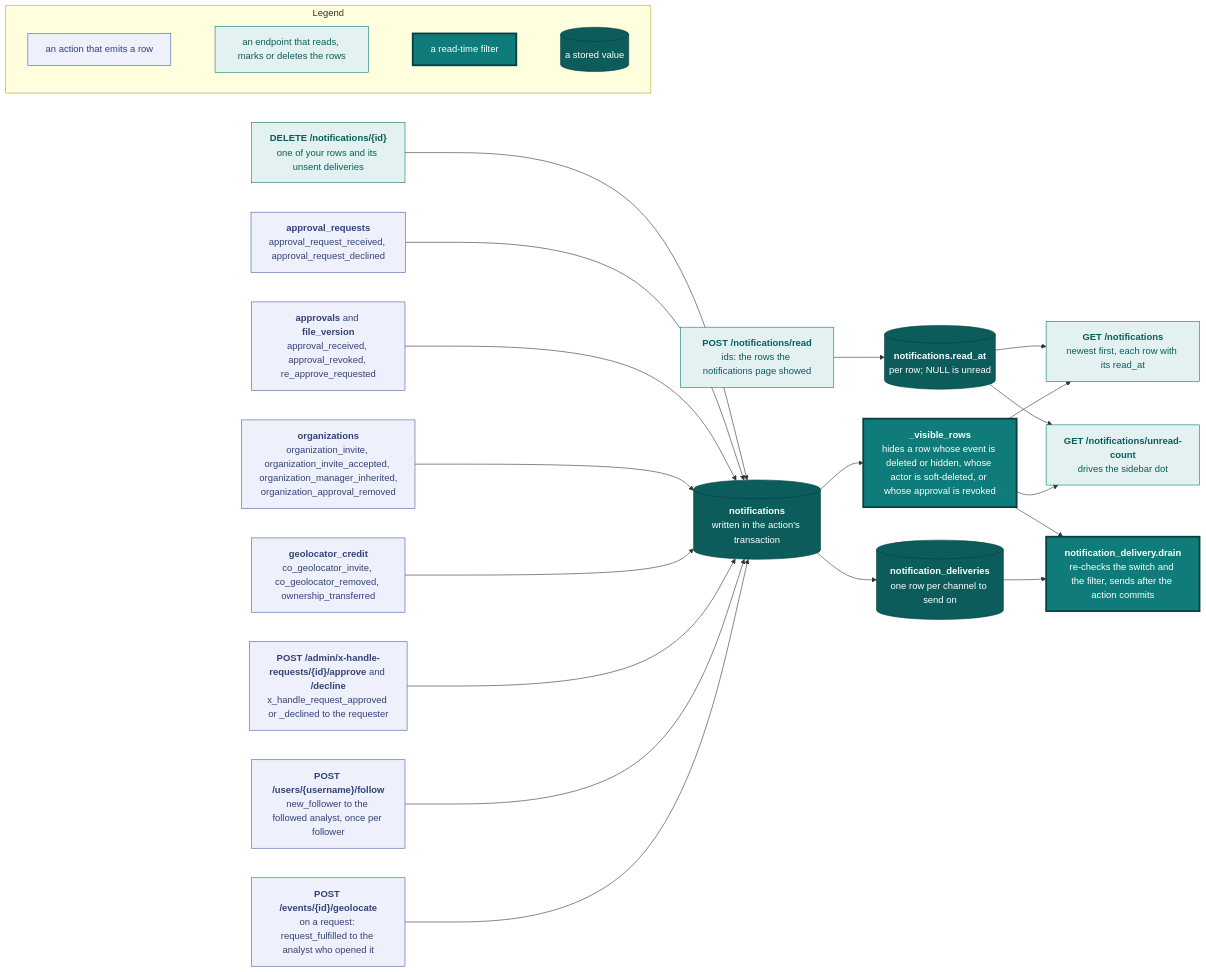
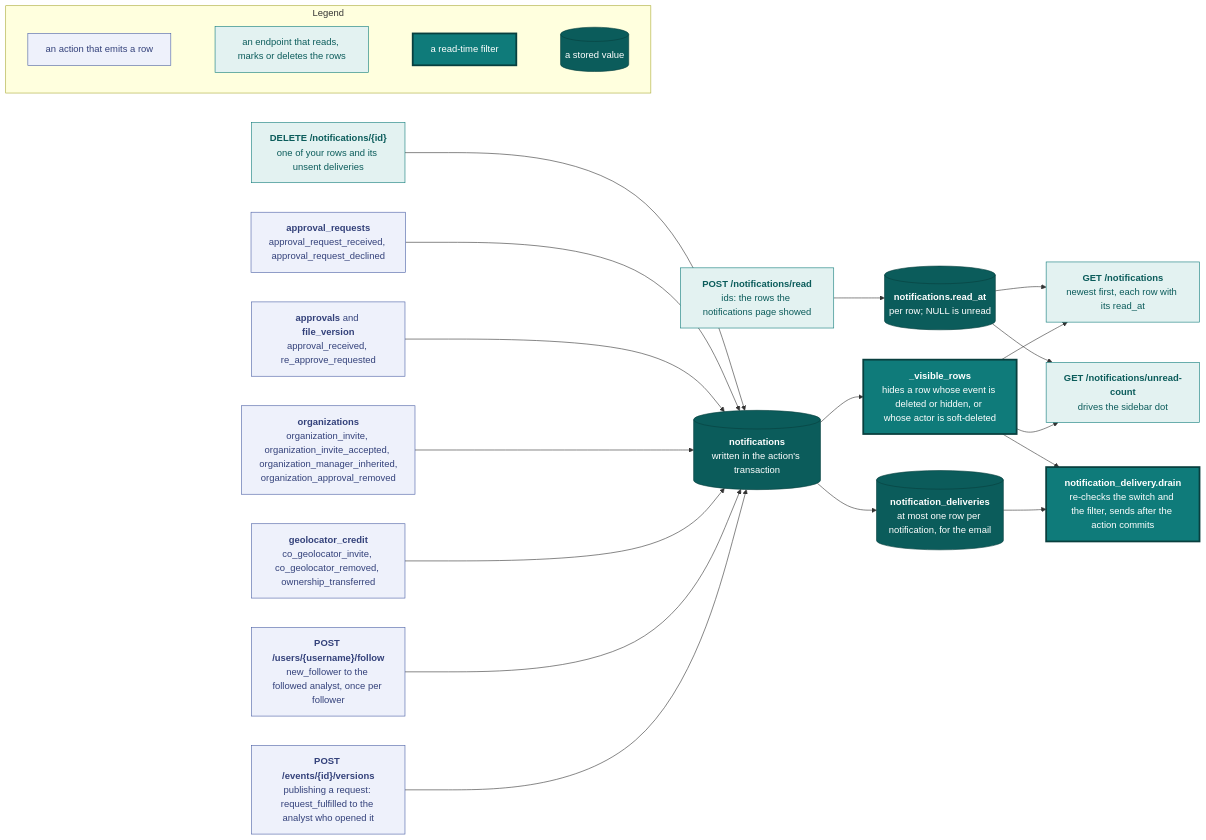
Before and after one commit to vidithq/vidit: the eighth of 9 diagrams in docs/api.md, drawn with Mermaid. The commit also changed other lines of this file and 617 other files, not shown here.

````diff
--- a/docs/api.md
+++ b/docs/api.md
@@ -2689,67 +2653,64 @@
 ```mermaid
 flowchart LR
   classDef spec fill:#eef1fb,stroke:#4a5fa5,color:#33417a
   classDef shared fill:#e3f2f1,stroke:#0f7b7a,color:#0b5c5b
   classDef core fill:#0f7b7a,stroke:#083f3e,stroke-width:3px,color:#ffffff
   classDef store fill:#0b5c5b,stroke:#083f3e,color:#ffffff
 
   subgraph legend [Legend]
     direction LR
     l1["`an action that emits a row`"]:::spec
     l2["`an endpoint that reads, marks or deletes the rows`"]:::shared
     l3["`a read-time filter`"]:::core
     l4[("`a stored value`")]:::store
     l1 ~~~ l2 ~~~ l3 ~~~ l4
   end
 
-  geolocate["`**POST /events/{id}/geolocate**
-  on a request: request_fulfilled to the analyst who opened it`"]:::spec
+  publish["`**POST /events/{id}/versions**
+  publishing a request: request_fulfilled to the analyst who opened it`"]:::spec
   follow["`**POST /users/{username}/follow**
   new_follower to the followed analyst, once per follower`"]:::spec
-  xhandle["`**POST /admin/x-handle-requests/{id}/approve** and **/decline**
-  x_handle_request_approved or _declined to the requester`"]:::spec
   credit["`**geolocator_credit**
   co_geolocator_invite, co_geolocator_removed, ownership_transferred`"]:::spec
   orgs["`**organizations**
   organization_invite, organization_invite_accepted, organization_manager_inherited,
   organization_approval_removed`"]:::spec
   approvals["`**approvals** and **file_version**
-  approval_received, approval_revoked, re_approve_requested`"]:::spec
+  approval_received, re_approve_requested`"]:::spec
   reviews["`**approval_requests**
   approval_request_received, approval_request_declined`"]:::spec
   rows[("`**notifications**
   written in the action's transaction`")]:::store
   visible["`**_visible_rows**
-  hides a row whose event is deleted or hidden, whose actor is soft-deleted, or whose approval is revoked`"]:::core
+  hides a row whose event is deleted or hidden, or whose actor is soft-deleted`"]:::core
   list["`**GET /notifications**
   newest first, each row with its read_at`"]:::shared
   count["`**GET /notifications/unread-count**
   drives the sidebar dot`"]:::shared
   read["`**POST /notifications/read**
   ids: the rows the notifications page showed`"]:::shared
   delete["`**DELETE /notifications/{id}**
   one of your rows and its unsent deliveries`"]:::shared
   readat[("`**notifications.read_at**
   per row; NULL is unread`")]:::store
   queue[("`**notification_deliveries**
-  one row per channel to send on`")]:::store
+  at most one row per notification, for the email`")]:::store
   worker["`**notification_delivery.drain**
   re-checks the switch and the filter, sends after the action commits`"]:::core
 
-  geolocate --> rows
+  publish --> rows
   follow --> rows
-  xhandle --> rows
   credit --> rows
   orgs --> rows
   approvals --> rows
   reviews --> rows
   rows --> visible
   visible --> list
   visible --> count
   read --> readat
   readat --> count
   readat --> list
   rows --> queue --> worker
   visible --> worker
   delete --> rows
 ```
````
